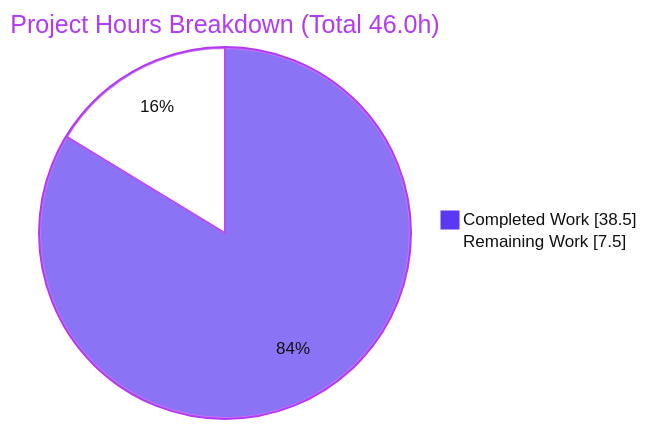
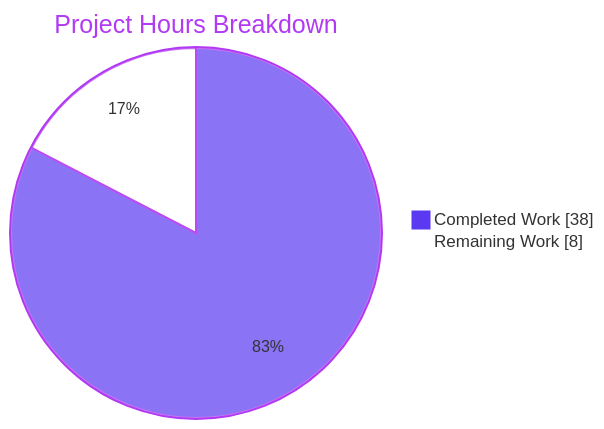
Before and after one commit to Sandeep02Kumar02/12-dec-existing-projects-qa-test-5: the second of 3 diagrams in blitzy/documentation/Project Guide.md, drawn with Mermaid. The commit also changed other lines of this file, not shown here.

Commit message:
Adding Blitzy Project Guide: Project Status and Human Tasks Remaining

````diff
--- a/blitzy/documentation/Project Guide.md
+++ b/blitzy/documentation/Project Guide.md
@@ -203,6 +216,6 @@
 ```mermaid
-%%{init: {'theme':'base','themeVariables':{'pie1':'#5B39F3','pie2':'#FFFFFF','pieStrokeColor':'#B23AF2','pieOuterStrokeColor':'#B23AF2','pieStrokeWidth':'2px','pieTitleTextColor':'#B23AF2','pieSectionTextColor':'#111111','pieLegendTextColor':'#111111'}}}%%
-pie showData title Project Hours Breakdown (Total 46.0h)
-    "Completed Work" : 38.5
-    "Remaining Work" : 7.5
+%%{init: {'theme':'base', 'themeVariables': {'pie1':'#5B39F3','pie2':'#FFFFFF','pieStrokeColor':'#B23AF2','pieStrokeWidth':'2px','pieOuterStrokeColor':'#B23AF2','pieOuterStrokeWidth':'2px','pieTitleTextColor':'#B23AF2','pieSectionTextSize':'16px'}}}%%
+pie showData title Project Hours Breakdown
+    "Completed Work" : 38
+    "Remaining Work" : 8
 ```
````
